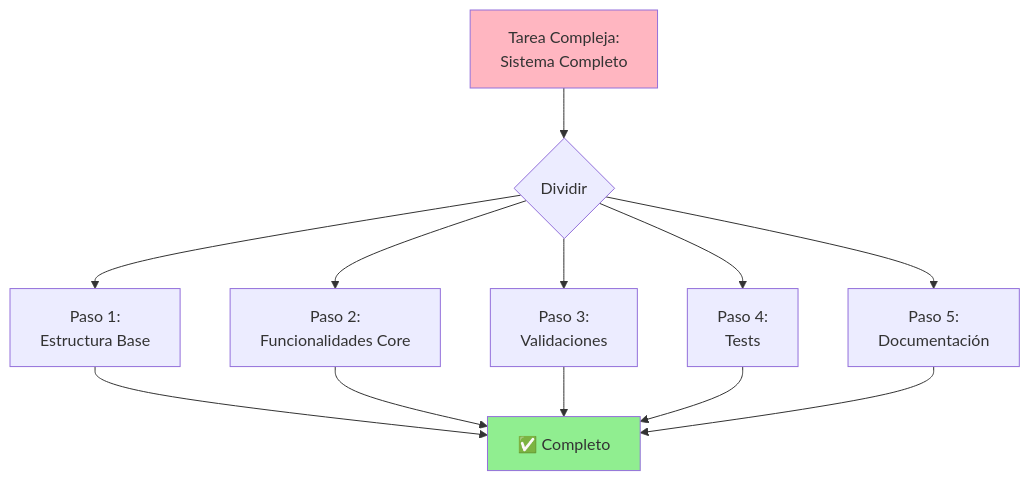
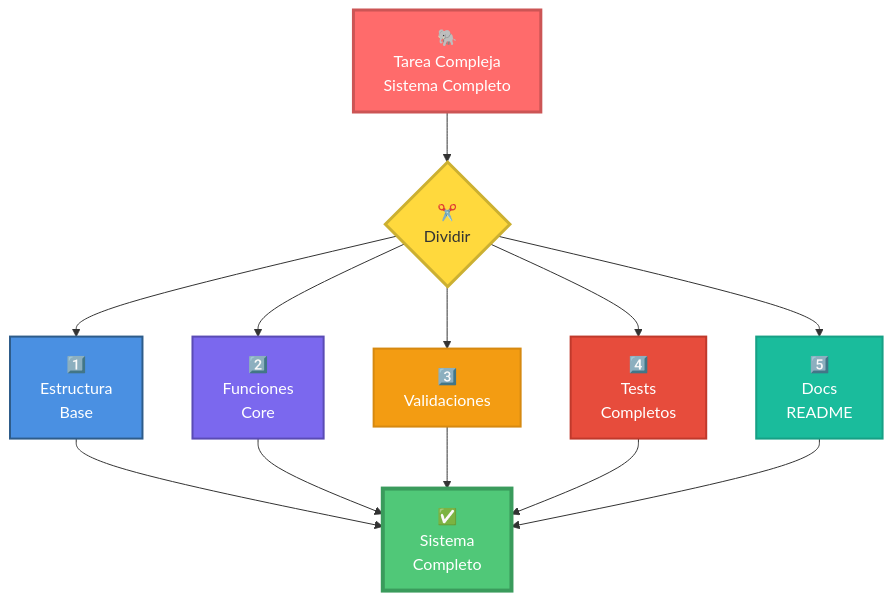
One commit to Ai-Whisperers/Courses-Content changed the ninth of 18 diagrams in courses/🟡-development/FPUNA-2026/00-FUNDAMENTOS-PRINCIPALES/03-ingenieria-prompts.md. Above: the diagram before and after it, drawn with Mermaid. The commit also changed other lines of this file, not shown here.

First line of the commit message:
Improve 10/18 Mermaid diagrams in 03-ingenieria-prompts.md

````diff
--- a/courses/🟡-development/FPUNA-2026/00-FUNDAMENTOS-PRINCIPALES/03-ingenieria-prompts.md
+++ b/courses/🟡-development/FPUNA-2026/00-FUNDAMENTOS-PRINCIPALES/03-ingenieria-prompts.md
@@ -528,19 +536,25 @@
 ```mermaid
 flowchart TD
-    A[Tarea Compleja:<br/>Sistema Completo] --> B{Dividir}
+    A["🐘<br/>Tarea Compleja<br/>Sistema Completo"] --> B{"✂️<br/>Dividir"}
     
-    B --> C[Paso 1:<br/>Estructura Base]
-    B --> D[Paso 2:<br/>Funcionalidades Core]
-    B --> E[Paso 3:<br/>Validaciones]
-    B --> F[Paso 4:<br/>Tests]
-    B --> G[Paso 5:<br/>Documentación]
+    B --> C["1️⃣<br/>Estructura<br/>Base"]
+    B --> D["2️⃣<br/>Funciones<br/>Core"]
+    B --> E["3️⃣<br/>Validaciones"]
+    B --> F["4️⃣<br/>Tests<br/>Completos"]
+    B --> G["5️⃣<br/>Docs<br/>README"]
     
-    C --> H[✅ Completo]
+    C --> H["✅<br/>Sistema<br/>Completo"]
     D --> H
     E --> H
     F --> H
     G --> H
     
-    style A fill:#FFB6C1
-    style H fill:#90EE90
+    style A fill:#FF6B6B,stroke:#CC5555,stroke-width:3px,color:#fff
+    style B fill:#FFD93D,stroke:#CCB031,stroke-width:3px,color:#333
+    style C fill:#4A90E2,stroke:#2E5C8A,stroke-width:2px,color:#fff
+    style D fill:#7B68EE,stroke:#5A4BB5,stroke-width:2px,color:#fff
+    style E fill:#F39C12,stroke:#D68910,stroke-width:2px,color:#fff
+    style F fill:#E74C3C,stroke:#C0392B,stroke-width:2px,color:#fff
+    style G fill:#1ABC9C,stroke:#16A085,stroke-width:2px,color:#fff
+    style H fill:#50C878,stroke:#3A9B5C,stroke-width:4px,color:#fff
 ```
````
